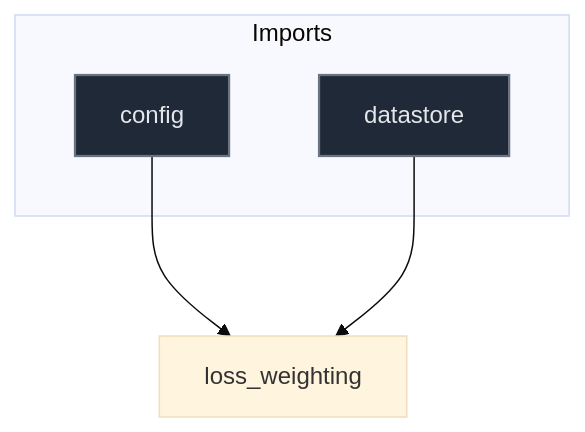
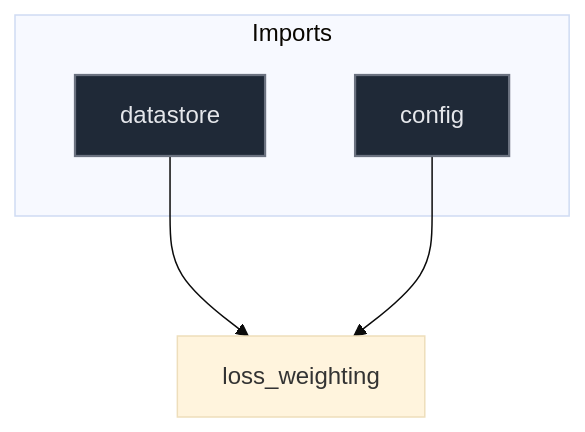
One commit to mllam/neural-lam changed the diagram in docs/diagrams/structure/loss_weighting_diagram.md. Above: the diagram before and after it, drawn with Mermaid (base theme). The commit also changed 20 other files, not shown here.

````diff
--- a/docs/diagrams/structure/loss_weighting_diagram.md
+++ b/docs/diagrams/structure/loss_weighting_diagram.md
@@ -1,21 +1,21 @@
 ```mermaid
 %%{init: {'flowchart': {'nodeSpacing': 60, 'rankSpacing': 80}}}%%
 flowchart TD
 
 module["loss_weighting"]
 
 subgraph Imports
+    datastore["datastore"]
     config["config"]
-    datastore["datastore"]
 end
 
+    datastore --> module
     config --> module
-    datastore --> module
 
 classDef parent fill:#0f172a,stroke:#3b82f6,stroke-width:2px,color:#f1f5f9,font-size:16px
 classDef base fill:#78350f,stroke:#f59e0b,stroke-width:1px,color:#fde68a,font-size:16px
 classDef import fill:#1f2937,stroke:#6b7280,stroke-width:1.5px,color:#e5e7eb,font-size:16px
 classDef method fill:#2d043f,stroke:#7c3aed,stroke-width:1.5px,color:#ede9fe,font-size:16px
 classDef callNode fill:#064e3b,stroke:#10b981,stroke-width:1.5px,color:#d1fae5,font-size:16px
-class config,datastore import
+class datastore,config import
 ```
````
